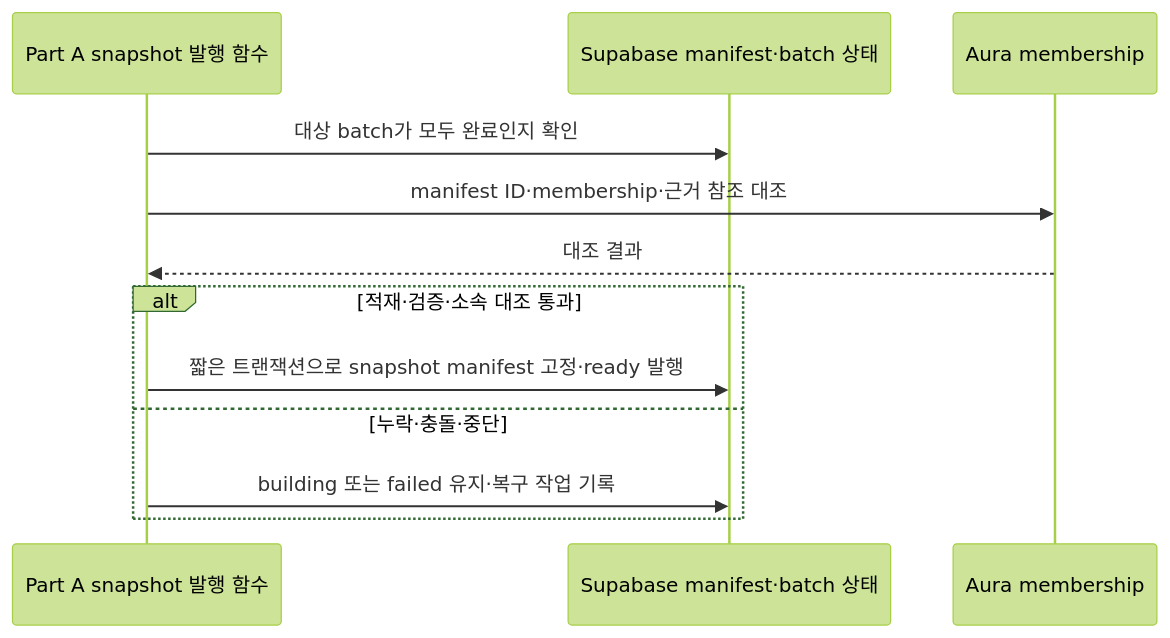
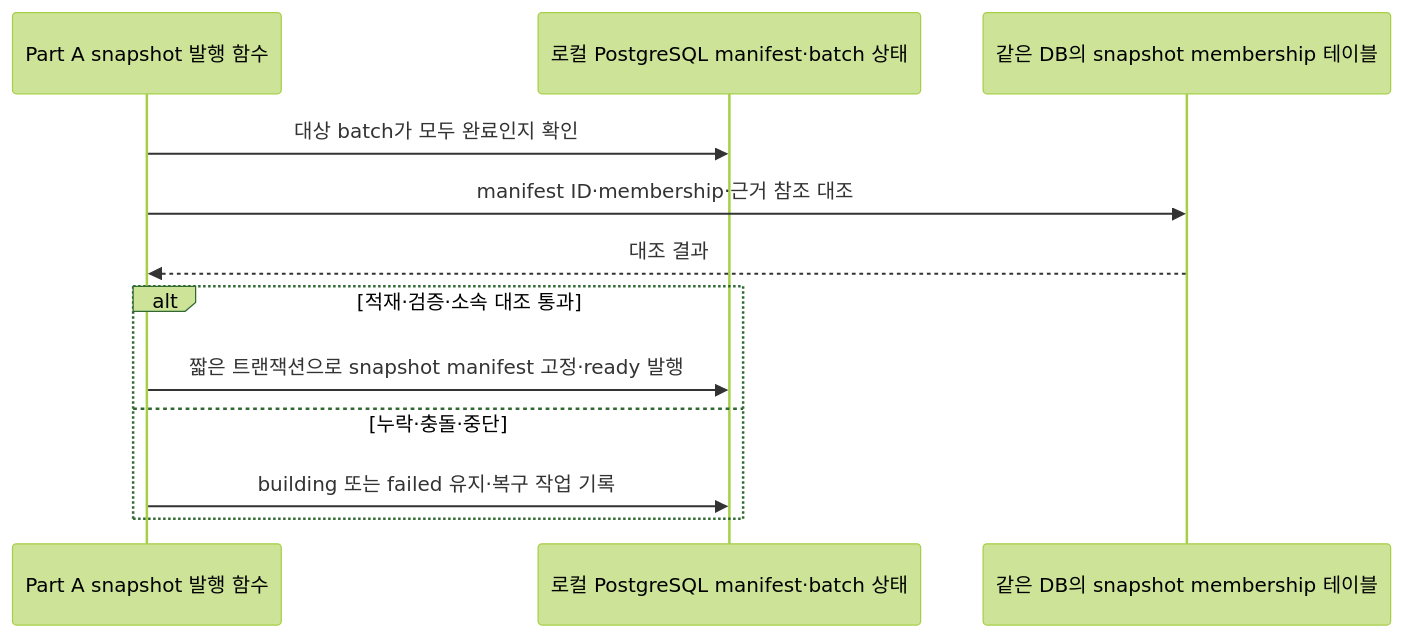
Before and after one commit to mykim711231/NewsContext: the tenth of 17 diagrams in docs/sequences.md, drawn with Mermaid (forest theme). The commit also changed other lines of this file and 11 other files, not shown here.

First line of the commit message:
docs: store KG in local PostgreSQL graph tables, drop Neo4j

````diff
--- a/docs/sequences.md
+++ b/docs/sequences.md
@@ -379,14 +376,14 @@
 ```mermaid
 sequenceDiagram
     participant A as Part A snapshot 발행 함수
-    participant DB as Supabase manifest·batch 상태
-    participant KG as Aura membership
+    participant DB as 로컬 PostgreSQL manifest·batch 상태
+    participant KG as 같은 DB의 snapshot membership 테이블
     A->>DB: 대상 batch가 모두 완료인지 확인
     A->>KG: manifest ID·membership·근거 참조 대조
     KG-->>A: 대조 결과
     alt 적재·검증·소속 대조 통과
         A->>DB: 짧은 트랜잭션으로 snapshot manifest 고정·ready 발행
     else 누락·충돌·중단
         A->>DB: building 또는 failed 유지·복구 작업 기록
     end
 ```
````
